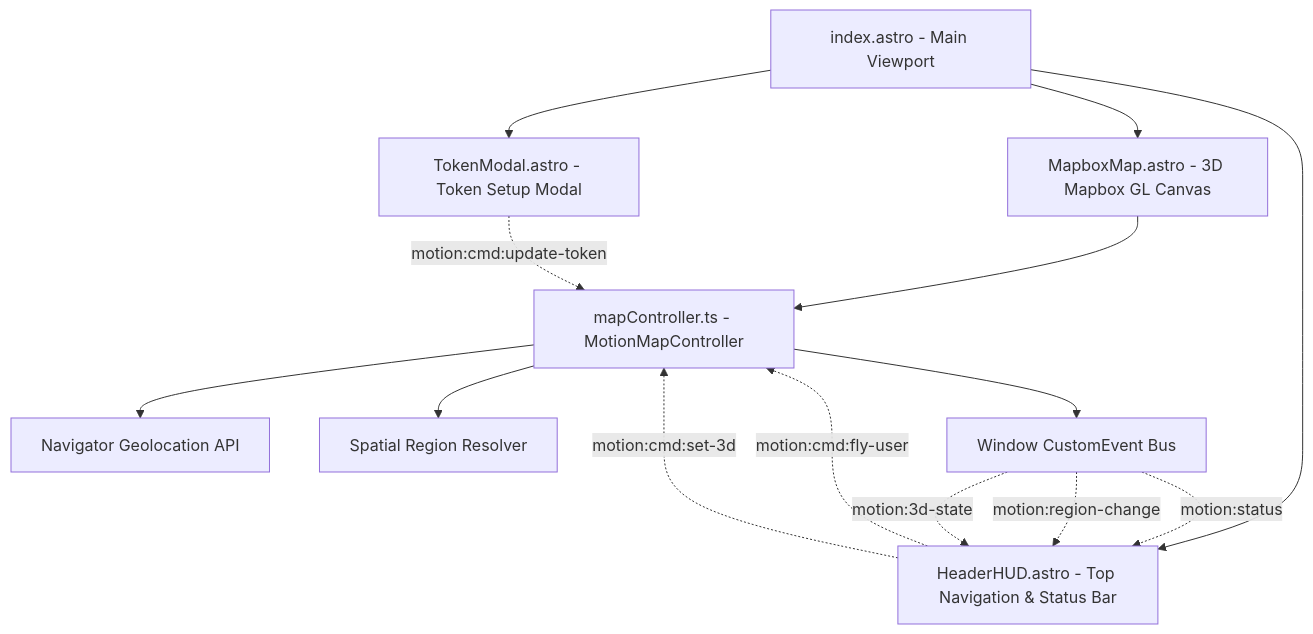
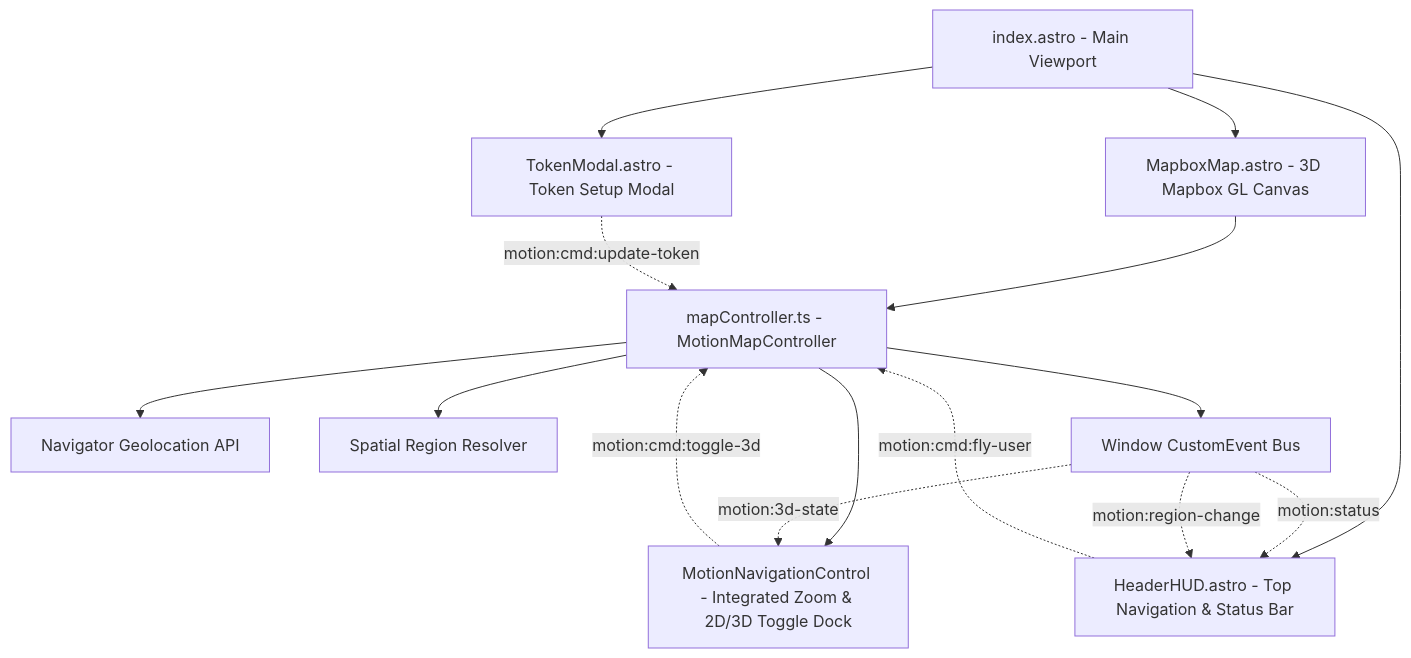
The diagram in UI/COMPONENTS_SPEC.md (LucidMach/Motion), drawn with Mermaid before and after one commit. The commit also changed other lines of this file and 4 other files, not shown here.

````diff
--- a/UI/COMPONENTS_SPEC.md
+++ b/UI/COMPONENTS_SPEC.md
@@ -11,18 +11,19 @@
 ```mermaid
 graph TD
     App[index.astro - Main Viewport] --> Map[MapboxMap.astro - 3D Mapbox GL Canvas]
     App --> HUD[HeaderHUD.astro - Top Navigation & Status Bar]
     App --> Modal[TokenModal.astro - Token Setup Modal]
     
     Map --> Controller[mapController.ts - MotionMapController]
+    Controller --> NavDock[MotionNavigationControl - Integrated Zoom & 2D/3D Toggle Dock]
     Controller --> Geolocation[Navigator Geolocation API]
     Controller --> RegionEngine[Spatial Region Resolver]
     Controller --> EventBus[Window CustomEvent Bus]
     
     EventBus -.->|motion:status| HUD
     EventBus -.->|motion:region-change| HUD
-    EventBus -.->|motion:3d-state| HUD
+    EventBus -.->|motion:3d-state| NavDock
     HUD -.->|motion:cmd:fly-user| Controller
-    HUD -.->|motion:cmd:set-3d| Controller
+    NavDock -.->|motion:cmd:toggle-3d| Controller
     Modal -.->|motion:cmd:update-token| Controller
 ```
````
